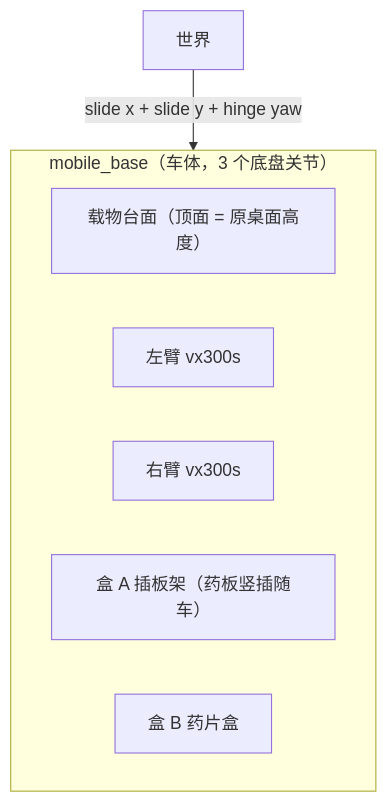
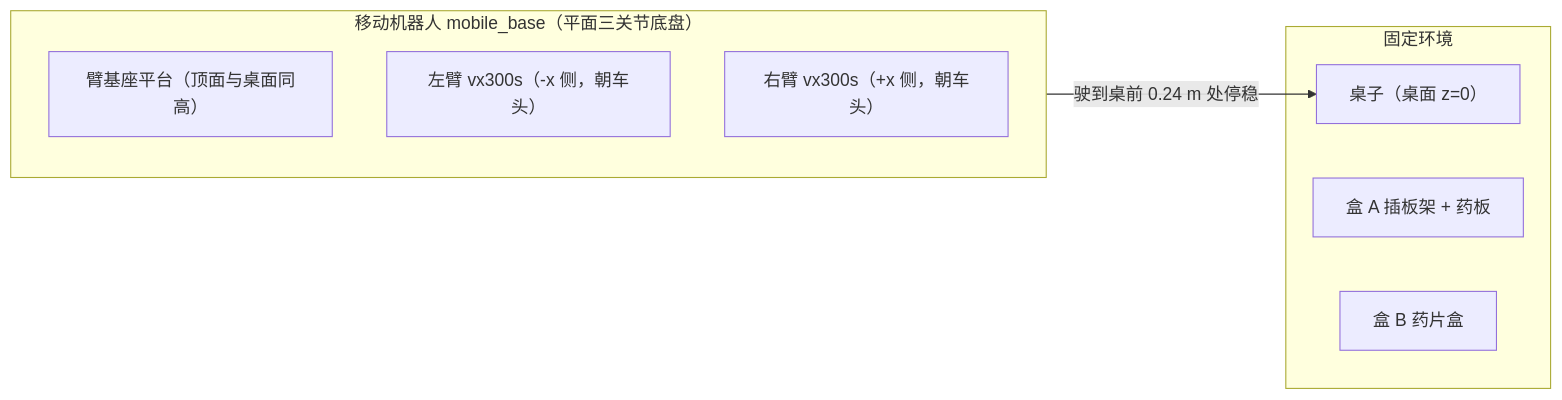
One commit to anoymous-code/RL4Robotics changed the diagram in docs/journal/2026-07-18-mobile.md. Above: the diagram before and after it, drawn with Mermaid. The commit also changed other lines of this file and 15 other files, not shown here.

````diff
--- a/docs/journal/2026-07-18-mobile.md
+++ b/docs/journal/2026-07-18-mobile.md
@@ -29,11 +34,14 @@
 ```mermaid
-graph TB
-    subgraph mobile_base["mobile_base（车体，3 个底盘关节）"]
-        cart["载物台面（顶面 = 原桌面高度）"]
-        armL["左臂 vx300s"] 
-        armR["右臂 vx300s"]
-        boxa["盒 A 插板架（药板竖插随车）"]
+graph LR
+    subgraph robot["移动机器人 mobile_base（平面三关节底盘）"]
+        deck["臂基座平台（顶面与桌面同高）"]
+        armL["左臂 vx300s（-x 侧，朝车头）"]
+        armR["右臂 vx300s（+x 侧，朝车头）"]
+    end
+    subgraph world["固定环境"]
+        table["桌子（桌面 z=0）"]
+        boxa["盒 A 插板架 + 药板"]
         boxb["盒 B 药片盒"]
     end
-    world["世界"] -->|"slide x + slide y + hinge yaw"| mobile_base
+    robot -->|"驶到桌前 0.24 m 处停稳"| table
 ```
````
